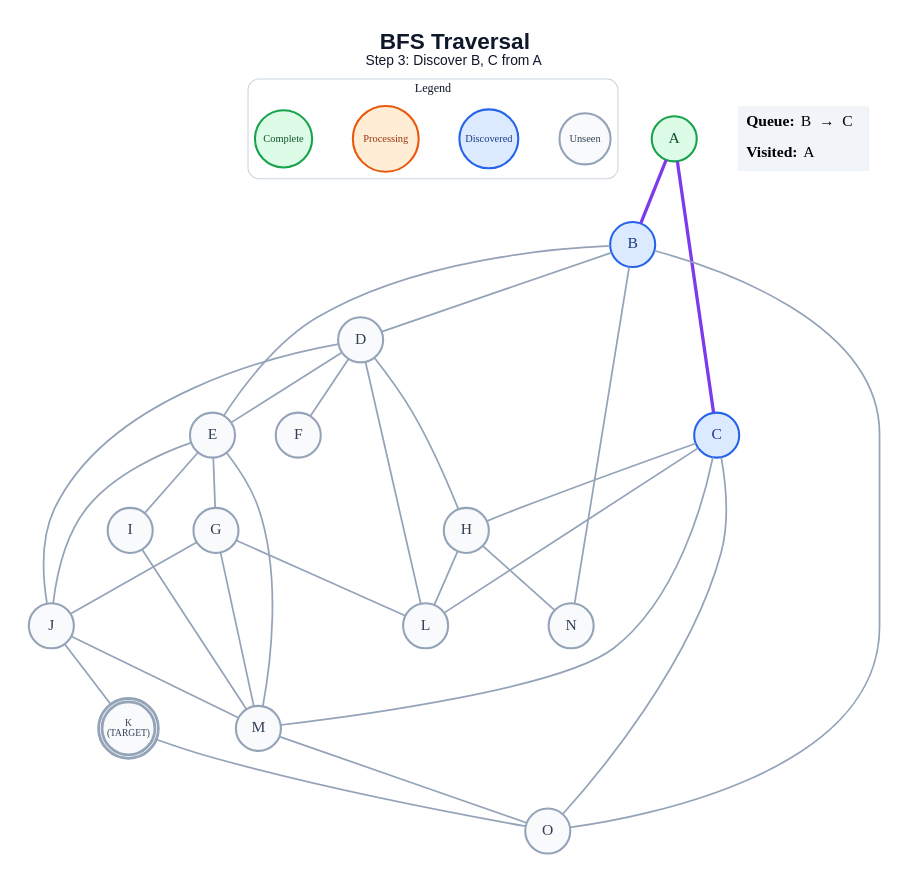
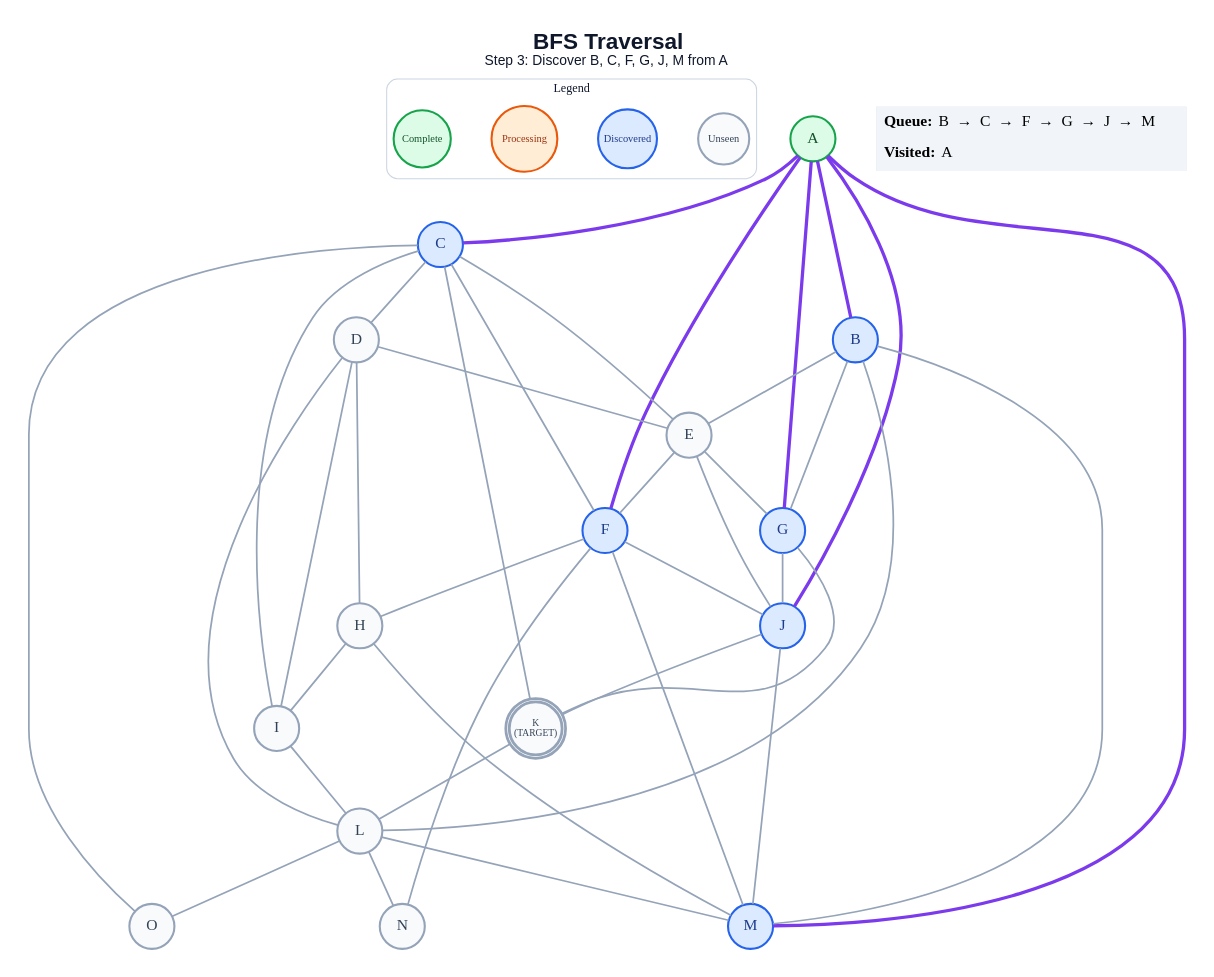
The diagram in generated/bfs/step_03.dot (anon7238593-create/ai-slop), drawn with Graphviz before and after one commit. The commit also changed 279 other files, not shown here.

```diff
--- a/generated/bfs/step_03.dot
+++ b/generated/bfs/step_03.dot
@@ -1,63 +1,72 @@
 graph traversal {
   graph [layout=dot, rankdir=TB, bgcolor="#FFFFFF", pad="0.35", nodesep="0.65", ranksep="0.8", fontname="Arial"];
   node [shape=circle, style="filled", fontname="Arial Bold", fontsize=18, width=0.72, fixedsize=true, penwidth=2.4];
   edge [color="#94A3B8", penwidth=2.0];
-  label=<<B>BFS Traversal</B><BR/><FONT POINT-SIZE="16">Step 3: Discover B, C from A</FONT>>; labelloc="t"; fontsize=26; fontname="Arial"; fontcolor="#0F172A";
+  label=<<B>BFS Traversal</B><BR/><FONT POINT-SIZE="16">Step 3: Discover B, C, F, G, J, M from A</FONT>>; labelloc="t"; fontsize=26; fontname="Arial"; fontcolor="#0F172A";
   subgraph cluster_legend { label="Legend"; color="#CBD5E1"; penwidth=1.2; style="rounded"; fontsize=14; fontname="Arial Bold";
     key_unseen [label="Unseen", fillcolor="#F8FAFC", color="#94A3B8", fontcolor="#334155", fontsize=12, width=0.82];
     key_frontier [label="Discovered", fillcolor="#DBEAFE", color="#2563EB", fontcolor="#1E3A8A", fontsize=12, width=0.95];
     key_current [label="Processing", fillcolor="#FFEDD5", color="#EA580C", fontcolor="#9A3412", fontsize=12, width=1.05];
     key_done [label="Complete", fillcolor="#DCFCE7", color="#16A34A", fontcolor="#14532D", fontsize=12, width=0.92];
     { rank=same; key_unseen; key_frontier; key_current; key_done; }
   }
   A [label="A", fillcolor="#DCFCE7", color="#16A34A", fontcolor="#14532D", peripheries=1, penwidth=2.4];
   B [label="B", fillcolor="#DBEAFE", color="#2563EB", fontcolor="#1E3A8A", peripheries=1, penwidth=2.4];
   C [label="C", fillcolor="#DBEAFE", color="#2563EB", fontcolor="#1E3A8A", peripheries=1, penwidth=2.4];
   D [label="D", fillcolor="#F8FAFC", color="#94A3B8", fontcolor="#334155", peripheries=1, penwidth=2.4];
   E [label="E", fillcolor="#F8FAFC", color="#94A3B8", fontcolor="#334155", peripheries=1, penwidth=2.4];
-  F [label="F", fillcolor="#F8FAFC", color="#94A3B8", fontcolor="#334155", peripheries=1, penwidth=2.4];
-  G [label="G", fillcolor="#F8FAFC", color="#94A3B8", fontcolor="#334155", peripheries=1, penwidth=2.4];
+  F [label="F", fillcolor="#DBEAFE", color="#2563EB", fontcolor="#1E3A8A", peripheries=1, penwidth=2.4];
+  G [label="G", fillcolor="#DBEAFE", color="#2563EB", fontcolor="#1E3A8A", peripheries=1, penwidth=2.4];
   H [label="H", fillcolor="#F8FAFC", color="#94A3B8", fontcolor="#334155", peripheries=1, penwidth=2.4];
   I [label="I", fillcolor="#F8FAFC", color="#94A3B8", fontcolor="#334155", peripheries=1, penwidth=2.4];
-  J [label="J", fillcolor="#F8FAFC", color="#94A3B8", fontcolor="#334155", peripheries=1, penwidth=2.4];
+  J [label="J", fillcolor="#DBEAFE", color="#2563EB", fontcolor="#1E3A8A", peripheries=1, penwidth=2.4];
   K [label="K\n(TARGET)", fillcolor="#F8FAFC", color="#94A3B8", fontcolor="#334155", peripheries=2, penwidth=3.2, fontsize=11, width=0.85, height=0.85];
   L [label="L", fillcolor="#F8FAFC", color="#94A3B8", fontcolor="#334155", peripheries=1, penwidth=2.4];
-  M [label="M", fillcolor="#F8FAFC", color="#94A3B8", fontcolor="#334155", peripheries=1, penwidth=2.4];
+  M [label="M", fillcolor="#DBEAFE", color="#2563EB", fontcolor="#1E3A8A", peripheries=1, penwidth=2.4];
   N [label="N", fillcolor="#F8FAFC", color="#94A3B8", fontcolor="#334155", peripheries=1, penwidth=2.4];
   O [label="O", fillcolor="#F8FAFC", color="#94A3B8", fontcolor="#334155", peripheries=1, penwidth=2.4];
   A -- B [color="#7C3AED", penwidth=3.8];
   A -- C [color="#7C3AED", penwidth=3.8];
-  B -- D;
+  A -- F [color="#7C3AED", penwidth=3.8];
+  A -- G [color="#7C3AED", penwidth=3.8];
+  A -- J [color="#7C3AED", penwidth=3.8];
+  A -- M [color="#7C3AED", penwidth=3.8];
   B -- E;
-  B -- N;
-  B -- O;
-  C -- H;
-  C -- L;
-  C -- M;
+  B -- G;
+  B -- L;
+  B -- M;
+  C -- D;
+  C -- E;
+  C -- F;
+  C -- I;
+  C -- K;
   C -- O;
   D -- E;
-  D -- F;
   D -- H;
-  D -- J;
+  D -- I;
   D -- L;
+  E -- F;
   E -- G;
-  E -- I;
   E -- J;
-  E -- M;
+  F -- H;
+  F -- J;
+  F -- M;
+  F -- N;
   G -- J;
-  G -- L;
-  G -- M;
-  H -- L;
-  H -- N;
-  I -- M;
+  G -- K;
+  H -- I;
+  H -- M;
+  I -- L;
   J -- K;
   J -- M;
-  K -- O;
-  M -- O;
+  K -- L;
+  L -- M;
+  L -- N;
+  L -- O;
   status [shape=plain, fixedsize=false, width=0, height=0, margin=0, label=<
     <TABLE BORDER="0" CELLBORDER="0" CELLPADDING="7" BGCOLOR="#F1F5F9">
-      <TR><TD ALIGN="LEFT"><B>Queue:</B> B  →  C</TD></TR>
+      <TR><TD ALIGN="LEFT"><B>Queue:</B> B  →  C  →  F  →  G  →  J  →  M</TD></TR>
       <TR><TD ALIGN="LEFT"><B>Visited:</B> A</TD></TR>
     </TABLE>
   >];
 }
```
